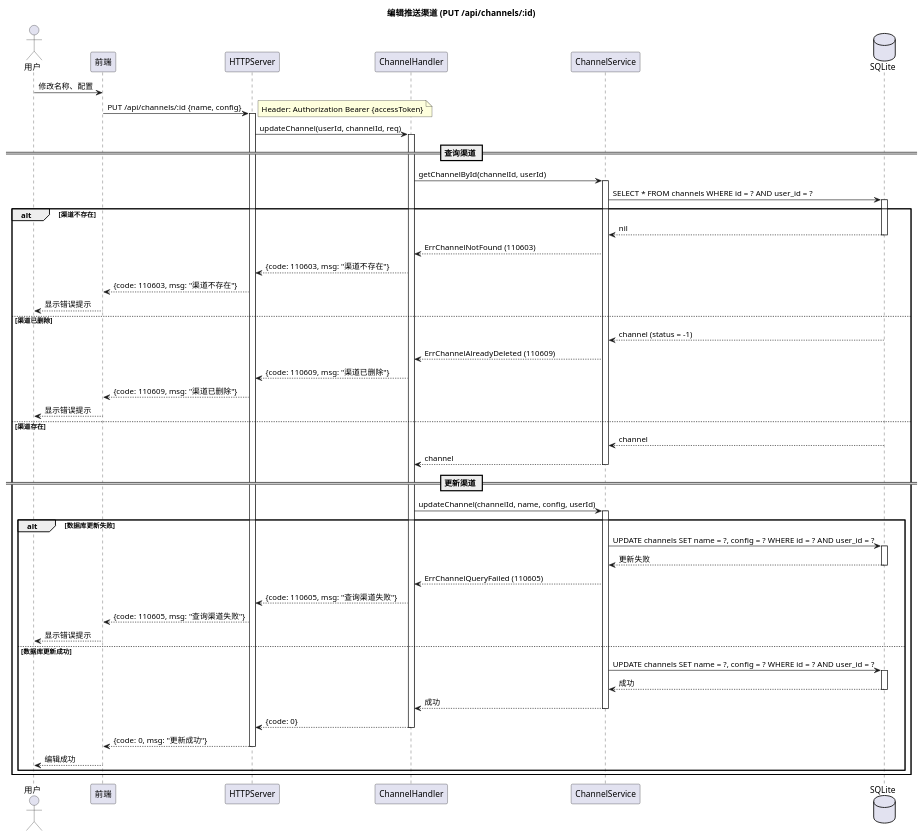
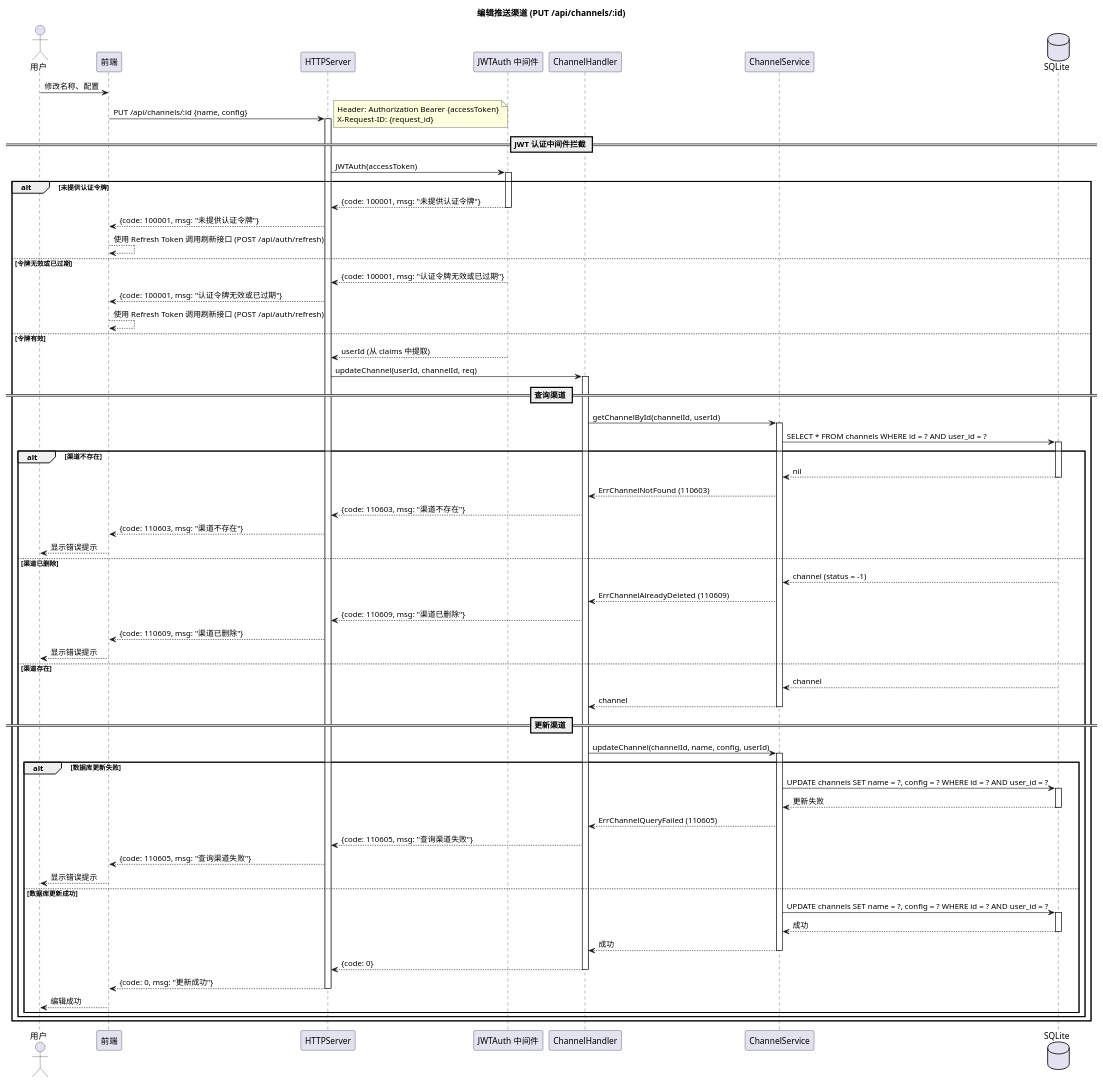
One commit to loommii/OctoTify changed the diagram in docs/uml/02-sequence/03-02-edit-channel.puml. Above: the diagram before and after it, drawn with PlantUML. The commit also changed 20 other files, not shown here.

First line of the commit message:
📝 docs(uml): 为消息模块时序图添加 JWT 认证流程

```diff
--- a/docs/uml/02-sequence/03-02-edit-channel.puml
+++ b/docs/uml/02-sequence/03-02-edit-channel.puml
@@ -1,78 +1,99 @@
 @startuml OctoTify_Sequence_EditChannel
 
 skinparam sequenceStyle svg
 skinparam linetype ortho
 
 title 编辑推送渠道 (PUT /api/channels/:id)
 
 actor "用户" as User
 participant "前端" as Frontend
 participant "HTTPServer" as Server
+participant "JWTAuth 中间件" as JWT
 participant "ChannelHandler" as Handler
 participant "ChannelService" as Service
 database "SQLite" as DB
 
 User -> Frontend: 修改名称、配置
 Frontend -> Server: PUT /api/channels/:id {name, config}
-note right: Header: Authorization Bearer {accessToken}
+note right: Header: Authorization Bearer {accessToken}\nX-Request-ID: {request_id}
 activate Server
-Server -> Handler: updateChannel(userId, channelId, req)
-activate Handler
 
-== 查询渠道 ==
+== JWT 认证中间件拦截 ==
 
-Handler -> Service: getChannelById(channelId, userId)
-activate Service
-Service -> DB: SELECT * FROM channels WHERE id = ? AND user_id = ?
-activate DB
+Server -> JWT: JWTAuth(accessToken)
+activate JWT
 
-alt 渠道不存在
-    DB --> Service: nil
-    deactivate DB
-    Service --> Handler: ErrChannelNotFound (110603)
-    Handler --> Server: {code: 110603, msg: "渠道不存在"}
-    Server --> Frontend: {code: 110603, msg: "渠道不存在"}
-    Frontend --> User: 显示错误提示
-else 渠道已删除
-    DB --> Service: channel (status = -1)
-    deactivate DB
-    Service --> Handler: ErrChannelAlreadyDeleted (110609)
-    Handler --> Server: {code: 110609, msg: "渠道已删除"}
-    Server --> Frontend: {code: 110609, msg: "渠道已删除"}
-    Frontend --> User: 显示错误提示
-else 渠道存在
-    DB --> Service: channel
-    deactivate DB
-    Service --> Handler: channel
-    deactivate Service
+alt 未提供认证令牌
+    JWT --> Server: {code: 100001, msg: "未提供认证令牌"}
+    deactivate JWT
+    Server --> Frontend: {code: 100001, msg: "未提供认证令牌"}
+    Frontend --> Frontend: 使用 Refresh Token 调用刷新接口 (POST /api/auth/refresh)
+else 令牌无效或已过期
+    JWT --> Server: {code: 100001, msg: "认证令牌无效或已过期"}
+    deactivate JWT
+    Server --> Frontend: {code: 100001, msg: "认证令牌无效或已过期"}
+    Frontend --> Frontend: 使用 Refresh Token 调用刷新接口 (POST /api/auth/refresh)
+else 令牌有效
+    JWT --> Server: userId (从 claims 中提取)
+    deactivate JWT
+    Server -> Handler: updateChannel(userId, channelId, req)
+    activate Handler
 
-    == 更新渠道 ==
+    == 查询渠道 ==
 
-    Handler -> Service: updateChannel(channelId, name, config, userId)
+    Handler -> Service: getChannelById(channelId, userId)
     activate Service
+    Service -> DB: SELECT * FROM channels WHERE id = ? AND user_id = ?
+    activate DB
 
-    alt 数据库更新失败
-        Service -> DB: UPDATE channels SET name = ?, config = ? WHERE id = ? AND user_id = ?
-        activate DB
-        DB --> Service: 更新失败
+    alt 渠道不存在
+        DB --> Service: nil
         deactivate DB
-        Service --> Handler: ErrChannelQueryFailed (110605)
-        Handler --> Server: {code: 110605, msg: "查询渠道失败"}
-        Server --> Frontend: {code: 110605, msg: "查询渠道失败"}
+        Service --> Handler: ErrChannelNotFound (110603)
+        Handler --> Server: {code: 110603, msg: "渠道不存在"}
+        Server --> Frontend: {code: 110603, msg: "渠道不存在"}
         Frontend --> User: 显示错误提示
-    else 数据库更新成功
-        Service -> DB: UPDATE channels SET name = ?, config = ? WHERE id = ? AND user_id = ?
-        activate DB
-        DB --> Service: 成功
+    else 渠道已删除
+        DB --> Service: channel (status = -1)
         deactivate DB
-        Service --> Handler: 成功
+        Service --> Handler: ErrChannelAlreadyDeleted (110609)
+        Handler --> Server: {code: 110609, msg: "渠道已删除"}
+        Server --> Frontend: {code: 110609, msg: "渠道已删除"}
+        Frontend --> User: 显示错误提示
+    else 渠道存在
+        DB --> Service: channel
+        deactivate DB
+        Service --> Handler: channel
         deactivate Service
-        Handler --> Server: {code: 0}
-        deactivate Handler
-        Server --> Frontend: {code: 0, msg: "更新成功"}
-        deactivate Server
-        Frontend --> User: 编辑成功
+
+        == 更新渠道 ==
+
+        Handler -> Service: updateChannel(channelId, name, config, userId)
+        activate Service
+
+        alt 数据库更新失败
+            Service -> DB: UPDATE channels SET name = ?, config = ? WHERE id = ? AND user_id = ?
+            activate DB
+            DB --> Service: 更新失败
+            deactivate DB
+            Service --> Handler: ErrChannelQueryFailed (110605)
+            Handler --> Server: {code: 110605, msg: "查询渠道失败"}
+            Server --> Frontend: {code: 110605, msg: "查询渠道失败"}
+            Frontend --> User: 显示错误提示
+        else 数据库更新成功
+            Service -> DB: UPDATE channels SET name = ?, config = ? WHERE id = ? AND user_id = ?
+            activate DB
+            DB --> Service: 成功
+            deactivate DB
+            Service --> Handler: 成功
+            deactivate Service
+            Handler --> Server: {code: 0}
+            deactivate Handler
+            Server --> Frontend: {code: 0, msg: "更新成功"}
+            deactivate Server
+            Frontend --> User: 编辑成功
+        end
     end
 end
 
 @enduml
```
